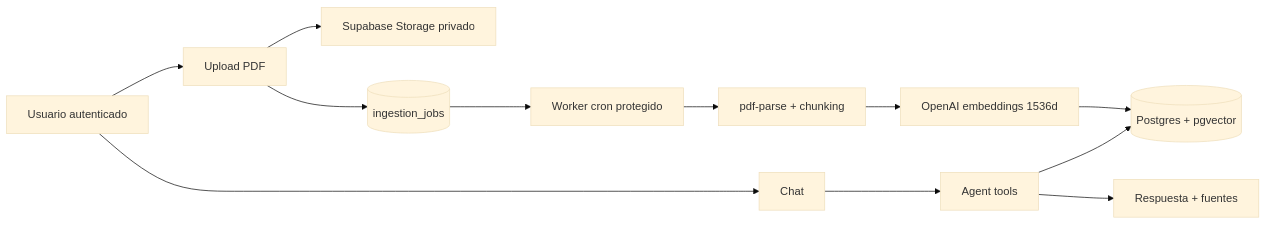
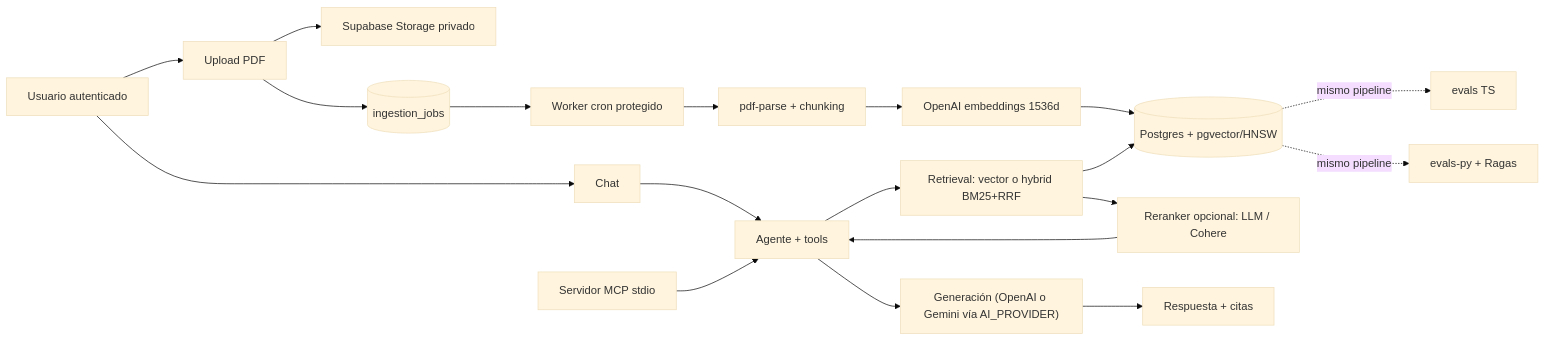
The diagram in README.md (hectorjimenezpalomo/StudyAgent), drawn with Mermaid (base theme) before and after one commit. The commit also changed other lines of this file and 43 other files, not shown here.

First line of the commit message:
feat: level-1 portfolio upgrades (provider switch, MCP, Python evals, CI)

````diff
--- a/README.md
+++ b/README.md
@@ -24,14 +24,23 @@
 ```mermaid
 flowchart LR
   U[Usuario autenticado] --> UP[Upload PDF]
   UP --> ST[Supabase Storage privado]
   UP --> Q[(ingestion_jobs)]
   Q --> W[Worker cron protegido]
   W --> P[pdf-parse + chunking]
   P --> E[OpenAI embeddings 1536d]
-  E --> V[(Postgres + pgvector)]
+  E --> V[(Postgres + pgvector/HNSW)]
+
   U --> C[Chat]
-  C --> A[Agent tools]
-  A --> V
-  A --> R[Respuesta + fuentes]
+  C --> A[Agente + tools]
+  A --> RET[Retrieval: vector o hybrid BM25+RRF]
+  RET --> V
+  RET --> RR[Reranker opcional: LLM / Cohere]
+  RR --> A
+  A --> G["Generación (OpenAI o Gemini vía AI_PROVIDER)"]
+  G --> R[Respuesta + citas]
+
+  MCP[Servidor MCP stdio] --> A
+  V -. mismo pipeline .-> EVTS[evals TS]
+  V -. mismo pipeline .-> EVPY[evals-py + Ragas]
 ```
````
